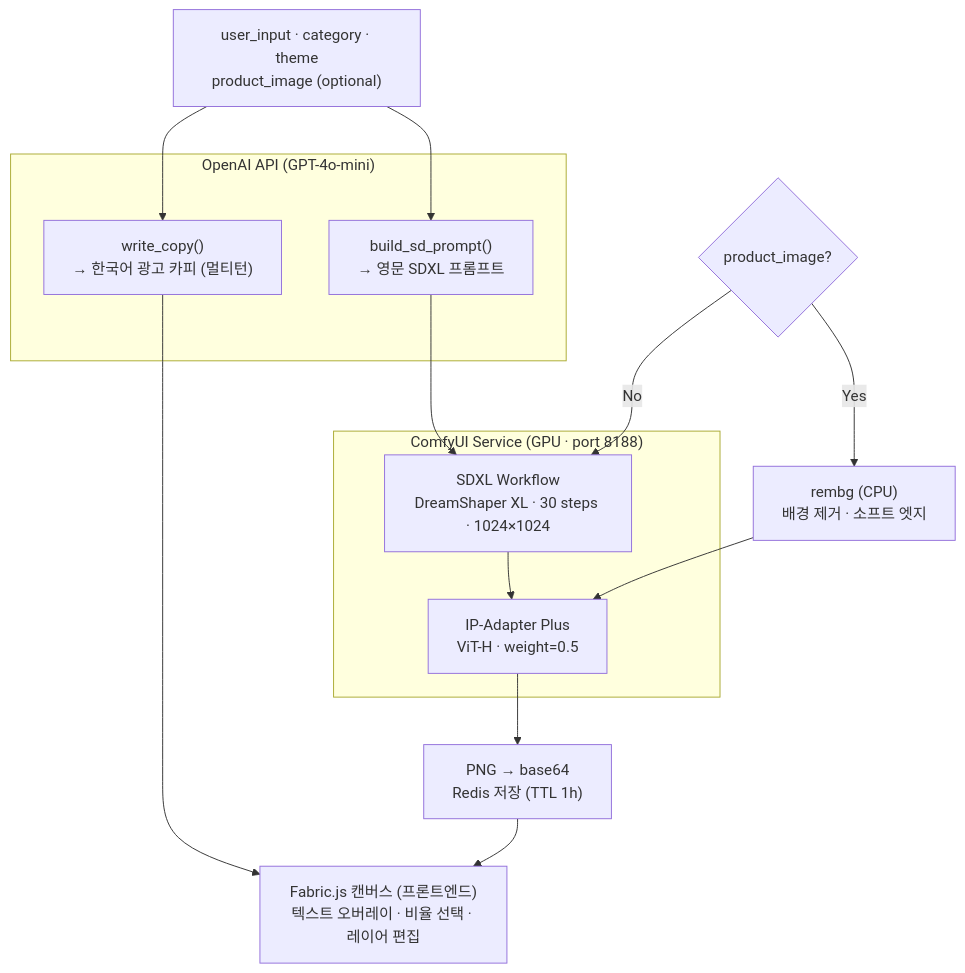
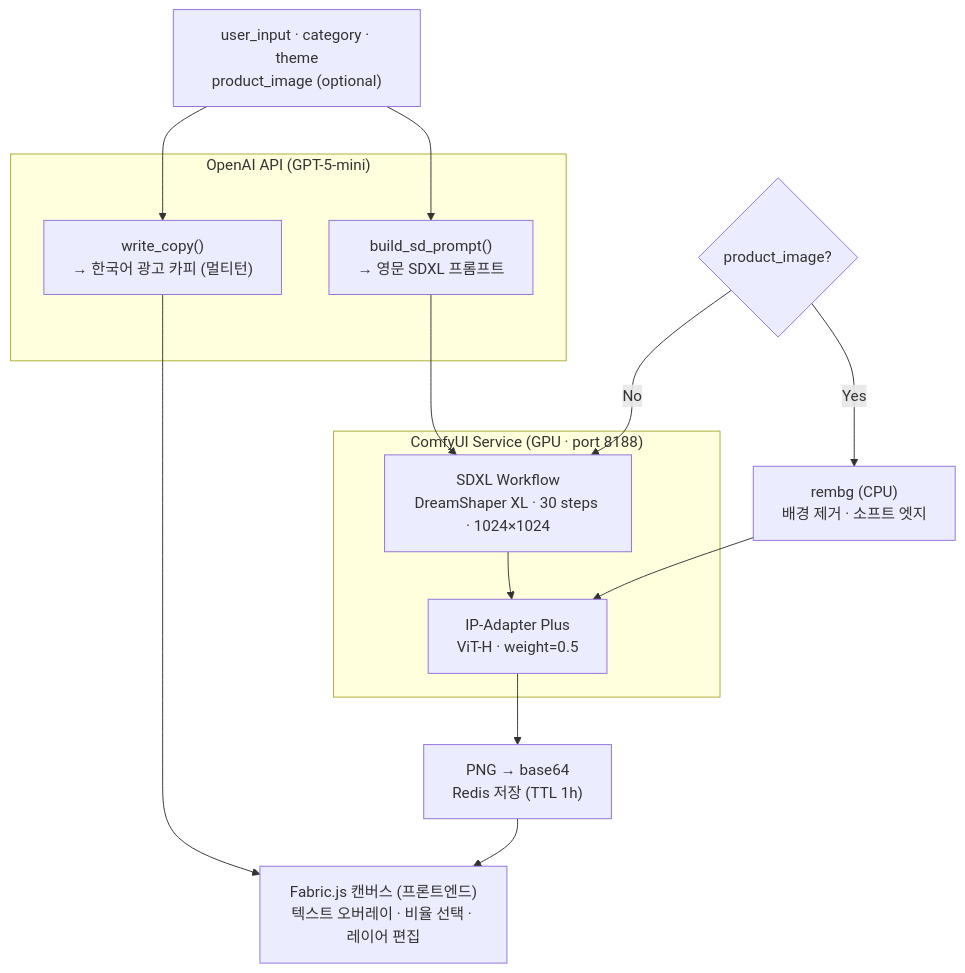
The second of 5 diagrams in docs/arch.md (bykim0119/ADGenService_team7), drawn with Mermaid before and after one commit. The commit also changed other lines of this file and 12 other files, not shown here.

````diff
--- a/docs/arch.md
+++ b/docs/arch.md
@@ -48,33 +48,33 @@
 ```mermaid
 flowchart TD
     IN["user_input · category · theme\nproduct_image (optional)"]
 
-    subgraph GPT["OpenAI API (GPT-4o-mini)"]
+    subgraph GPT["OpenAI API (GPT-5-mini)"]
         P1["build_sd_prompt()\n→ 영문 SDXL 프롬프트"]
         P2["write_copy()\n→ 한국어 광고 카피 (멀티턴)"]
     end
 
     subgraph COMFY["ComfyUI Service (GPU · port 8188)"]
         WF["SDXL Workflow\nDreamShaper XL · 30 steps · 1024×1024"]
         IPA["IP-Adapter Plus\nViT-H · weight=0.5"]
     end
 
     PROD{"product_image?"}
 
     REMBG["rembg (CPU)\n배경 제거 · 소프트 엣지"]
 
     OUT["PNG → base64\nRedis 저장 (TTL 1h)"]
 
     CANVAS["Fabric.js 캔버스 (프론트엔드)\n텍스트 오버레이 · 비율 선택 · 레이어 편집"]
 
     IN --> P1
     IN --> P2
     P1 --> WF
     PROD -- "Yes" --> REMBG
     REMBG --> IPA
     WF --> IPA
     PROD -- "No" --> WF
     IPA --> OUT
     P2 --> CANVAS
     OUT --> CANVAS
 ```
````
